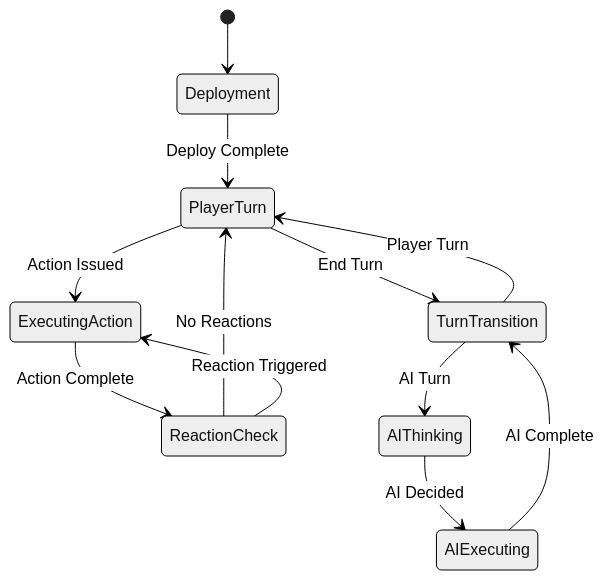
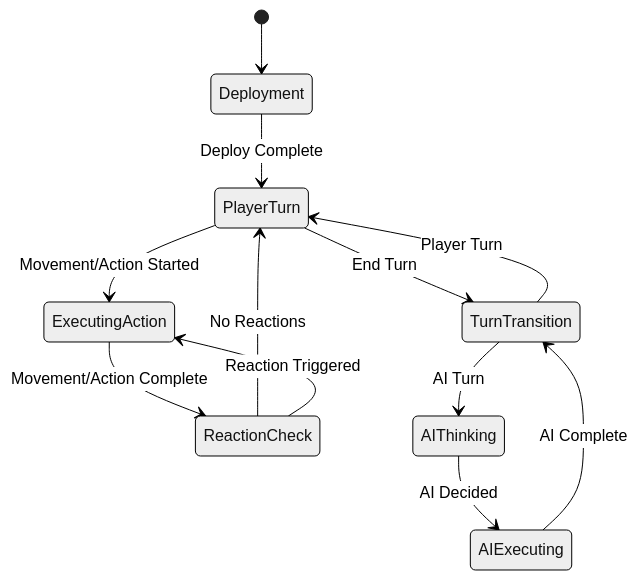
The second of 2 diagrams in Docs/03-Reference/ADR/ADR-023-game-state-management.md (Coelancanth/Darklands), drawn with Mermaid (neutral theme) before and after one commit. The commit also changed other lines of this file and 3 other files, not shown here.

First line of the commit message:
docs(architecture): Align ADR-022, ADR-023, and TD_061/TD_063 with true two-position model

````diff
--- a/Docs/03-Reference/ADR/ADR-023-game-state-management.md
+++ b/Docs/03-Reference/ADR/ADR-023-game-state-management.md
@@ -314,14 +317,14 @@
 ```mermaid
 stateDiagram-v2
     [*] --> Deployment
     Deployment --> PlayerTurn: Deploy Complete
-    PlayerTurn --> ExecutingAction: Action Issued
-    ExecutingAction --> ReactionCheck: Action Complete
+    PlayerTurn --> ExecutingAction: Movement/Action Started
+    ExecutingAction --> ReactionCheck: Movement/Action Complete
     ReactionCheck --> PlayerTurn: No Reactions
     ReactionCheck --> ExecutingAction: Reaction Triggered
     PlayerTurn --> TurnTransition: End Turn
     TurnTransition --> AIThinking: AI Turn
     AIThinking --> AIExecuting: AI Decided
     AIExecuting --> TurnTransition: AI Complete
     TurnTransition --> PlayerTurn: Player Turn
 ```
````
